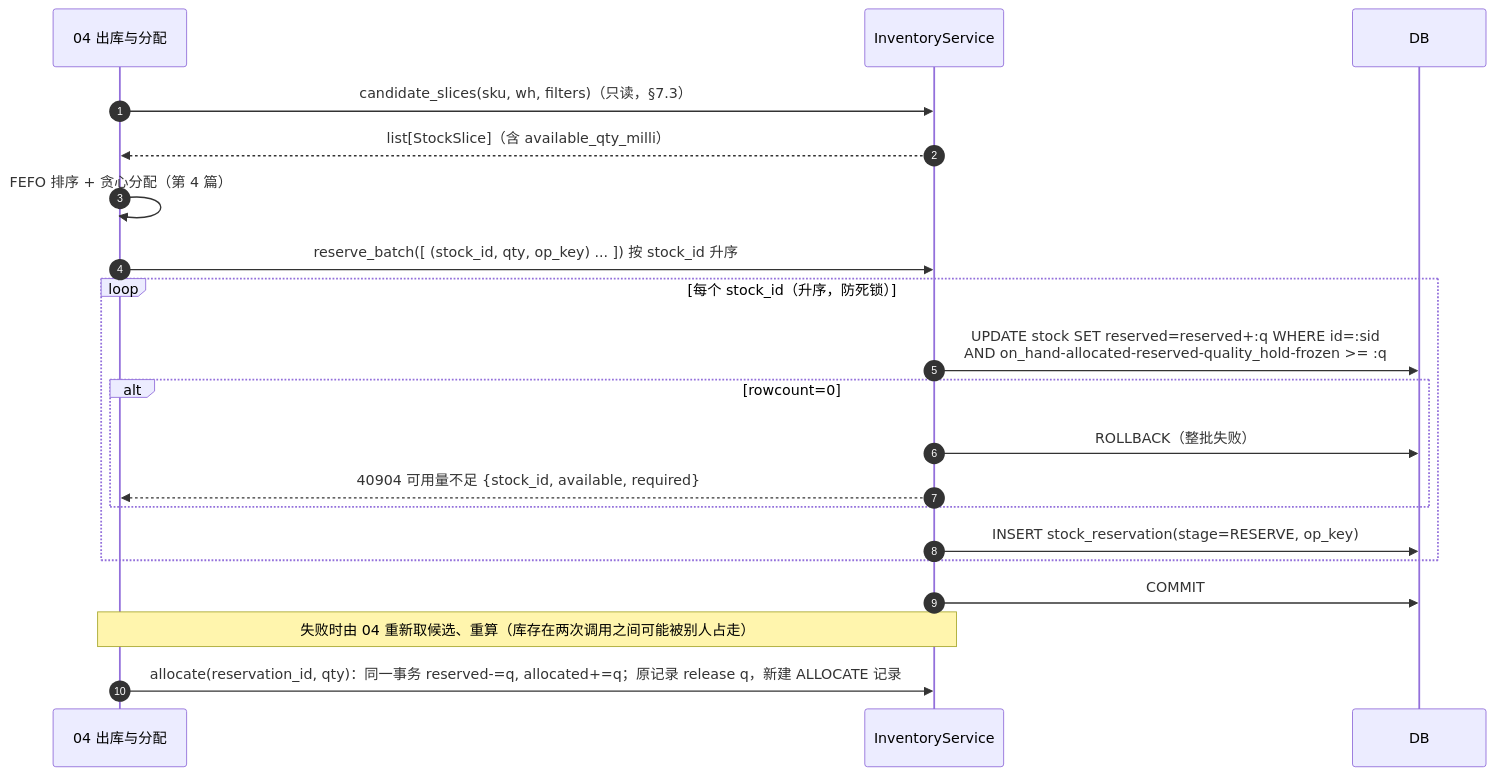
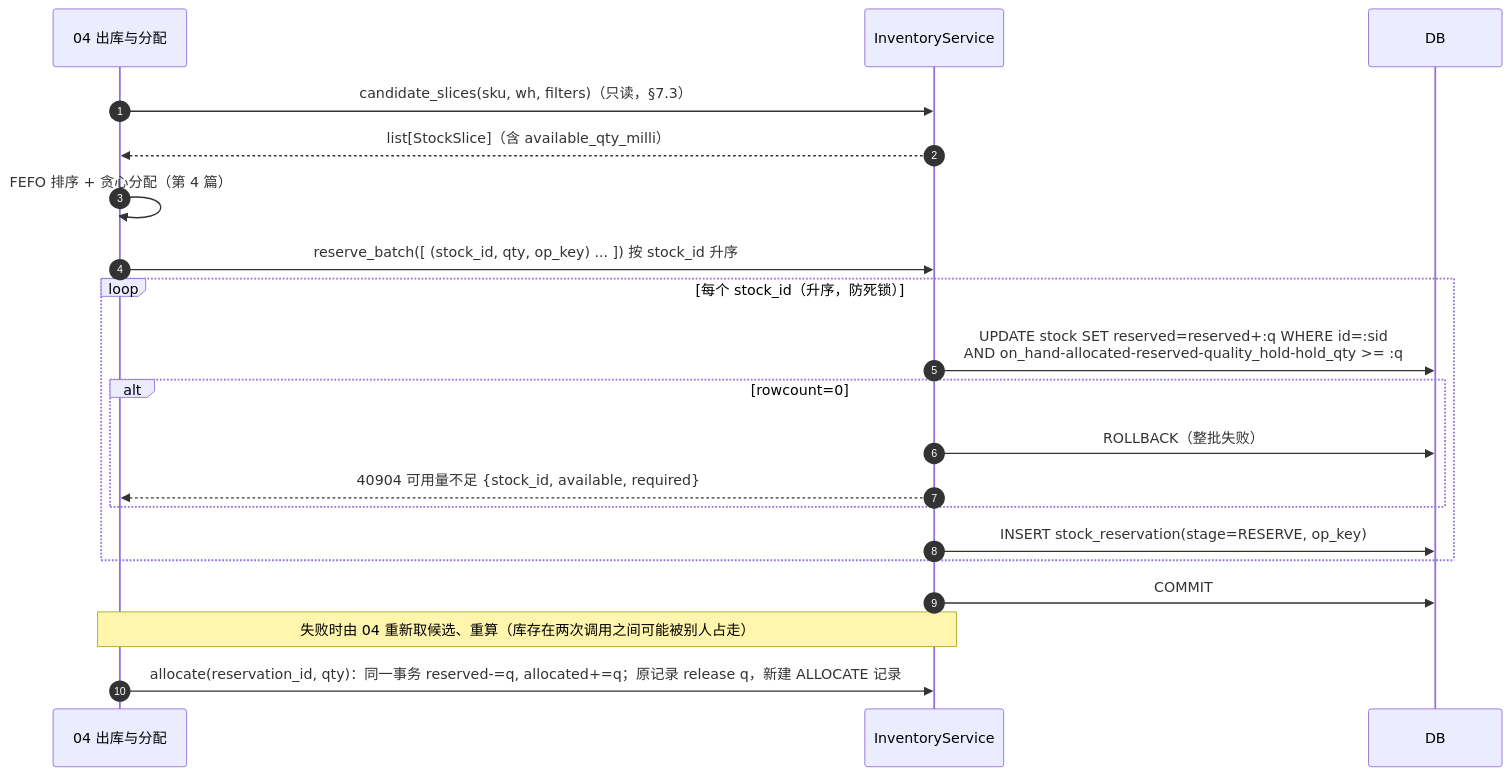
One commit to Akarin7784/fresh-wms changed the third of 4 diagrams in docs/02-库存核心.md. Above: the diagram before and after it, drawn with Mermaid. The commit also changed other lines of this file and 4 other files, not shown here.

Commit message:
02: RETURN_PENDING 计入 stock.hold_qty_milli（列改名）+FEFO 排除断言；RES 占用键含 alloc_round/stock_id；40932 detail 加 resolution/target_location；盘点排除 RETURN_PENDING；效期按仓库日历日

````diff
--- a/docs/02-库存核心.md
+++ b/docs/02-库存核心.md
@@ -367,22 +374,22 @@
 ```mermaid
 sequenceDiagram
   autonumber
   participant OB as 04 出库与分配
   participant INV as InventoryService
   participant DB
   OB->>INV: candidate_slices(sku, wh, filters)（只读，§7.3）
   INV-->>OB: list[StockSlice]（含 available_qty_milli）
   OB->>OB: FEFO 排序 + 贪心分配（第 4 篇）
   OB->>INV: reserve_batch([ (stock_id, qty, op_key) ... ])  按 stock_id 升序
   loop 每个 stock_id（升序，防死锁）
-    INV->>DB: UPDATE stock SET reserved=reserved+:q WHERE id=:sid<br/>AND on_hand-allocated-reserved-quality_hold-frozen >= :q
+    INV->>DB: UPDATE stock SET reserved=reserved+:q WHERE id=:sid<br/>AND on_hand-allocated-reserved-quality_hold-hold_qty >= :q
     alt rowcount=0
       INV->>DB: ROLLBACK（整批失败）
       INV-->>OB: 40904 可用量不足 {stock_id, available, required}
     end
     INV->>DB: INSERT stock_reservation(stage=RESERVE, op_key)
   end
   INV->>DB: COMMIT
   Note over OB,INV: 失败时由 04 重新取候选、重算（库存在两次调用之间可能被别人占走）
   OB->>INV: allocate(reservation_id, qty)：同一事务 reserved-=q, allocated+=q；原记录 release q，新建 ALLOCATE 记录
 ```
````
